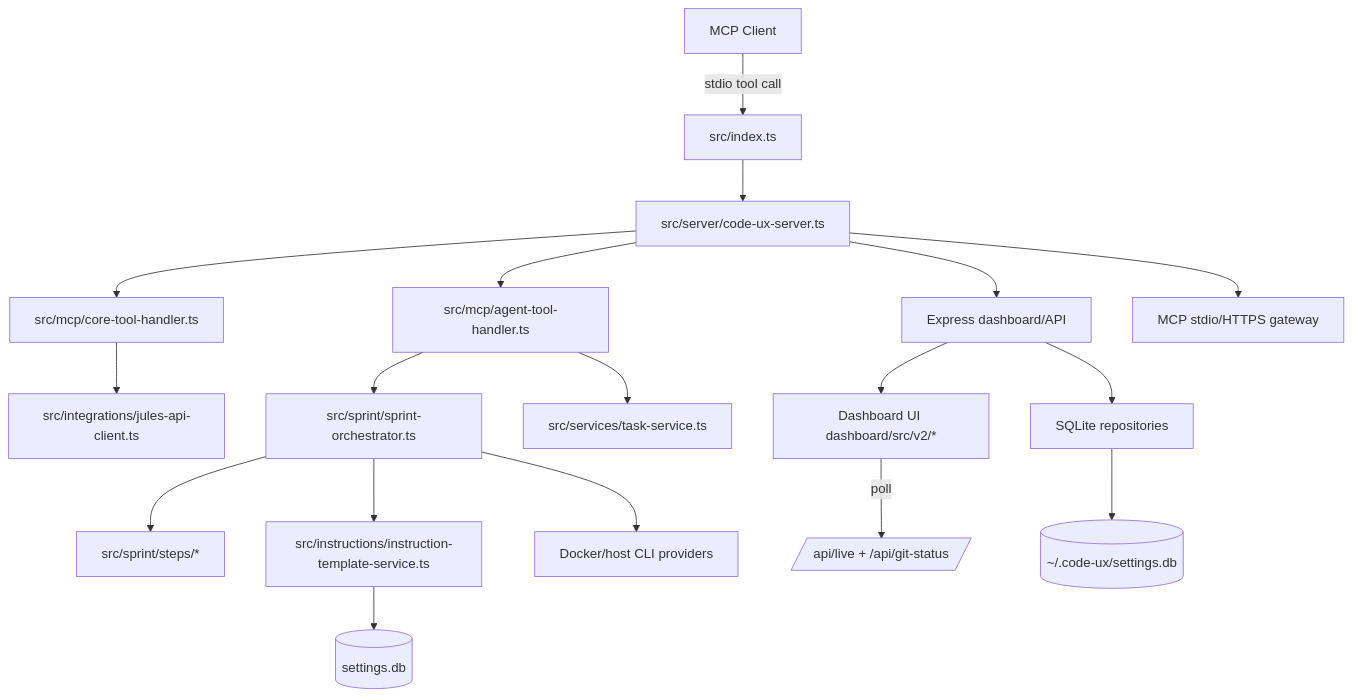
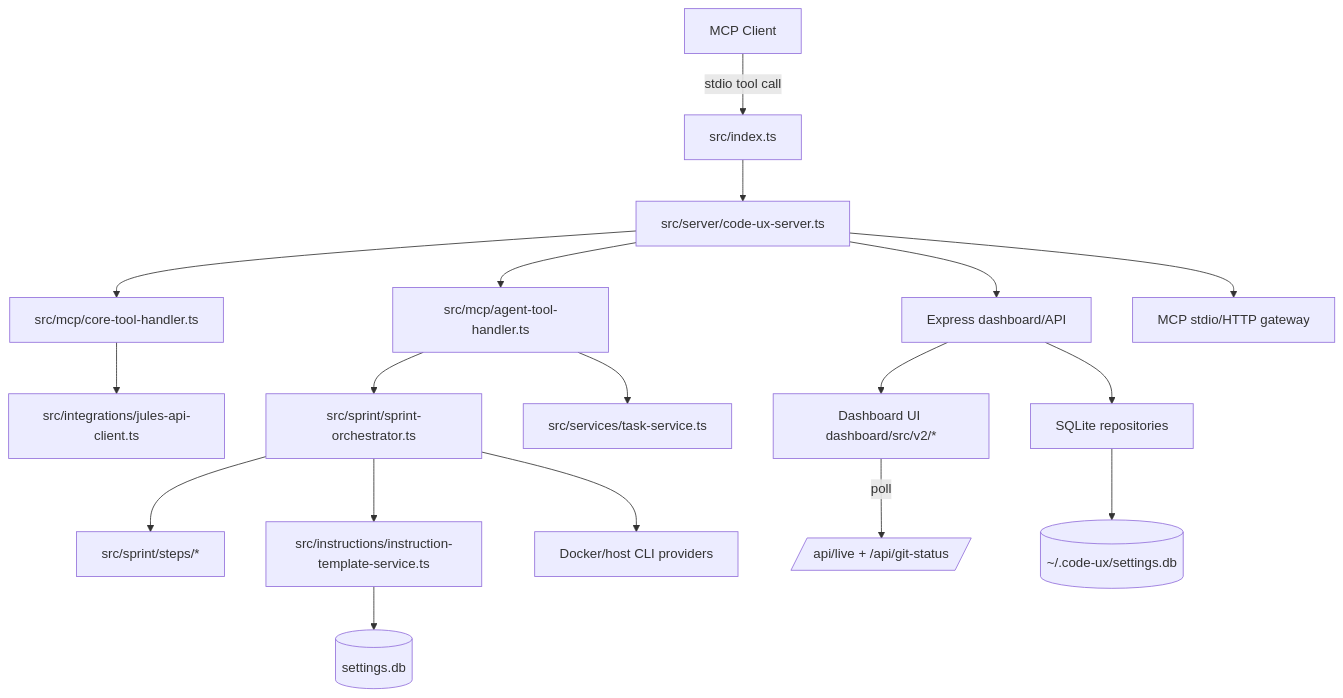
The diagram in docs/architecture/system-overview.md (codeux-ai/codeux), drawn with Mermaid before and after one commit. The commit also changed 13 other files, not shown here.

````diff
--- a/docs/architecture/system-overview.md
+++ b/docs/architecture/system-overview.md
@@ -77,20 +77,20 @@
 ```mermaid
 flowchart TD
   A[MCP Client] -->|stdio tool call| B[src/index.ts]
   B --> R[src/server/code-ux-server.ts]
   R --> C[src/mcp/core-tool-handler.ts]
   R --> D[src/mcp/agent-tool-handler.ts]
   C --> E[src/integrations/jules-api-client.ts]
   D --> F[src/sprint/sprint-orchestrator.ts]
   F --> G[src/sprint/steps/*]
   F --> H[src/instructions/instruction-template-service.ts]
   H --> I[(settings.db)]
   D --> J[src/services/task-service.ts]
   R --> L[Express dashboard/API]
   L --> M[Dashboard UI dashboard/src/v2/*]
   M -->|poll| N[/api/live + /api/git-status/]
   L --> O[SQLite repositories]
   O --> P[(~/.code-ux/settings.db)]
-  R --> Q[MCP stdio/HTTPS gateway]
+  R --> Q[MCP stdio/HTTP gateway]
   F --> S[Docker/host CLI providers]
 ```
````
